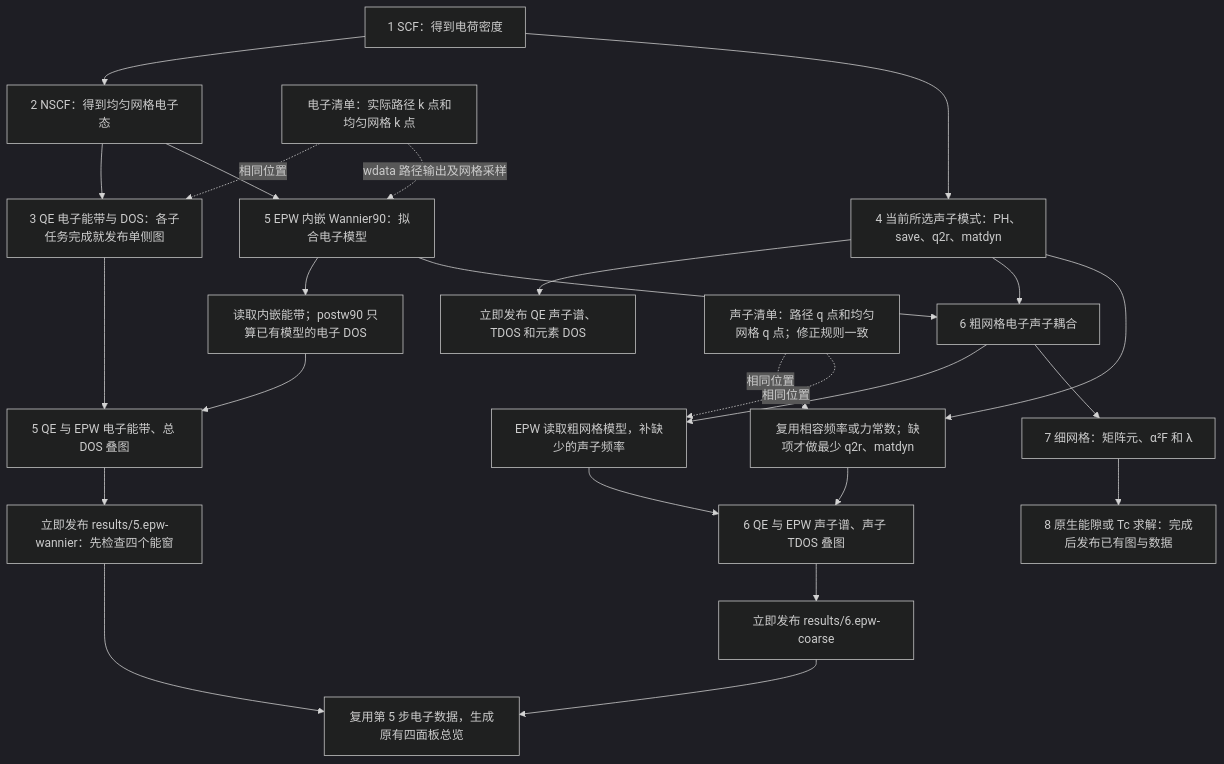
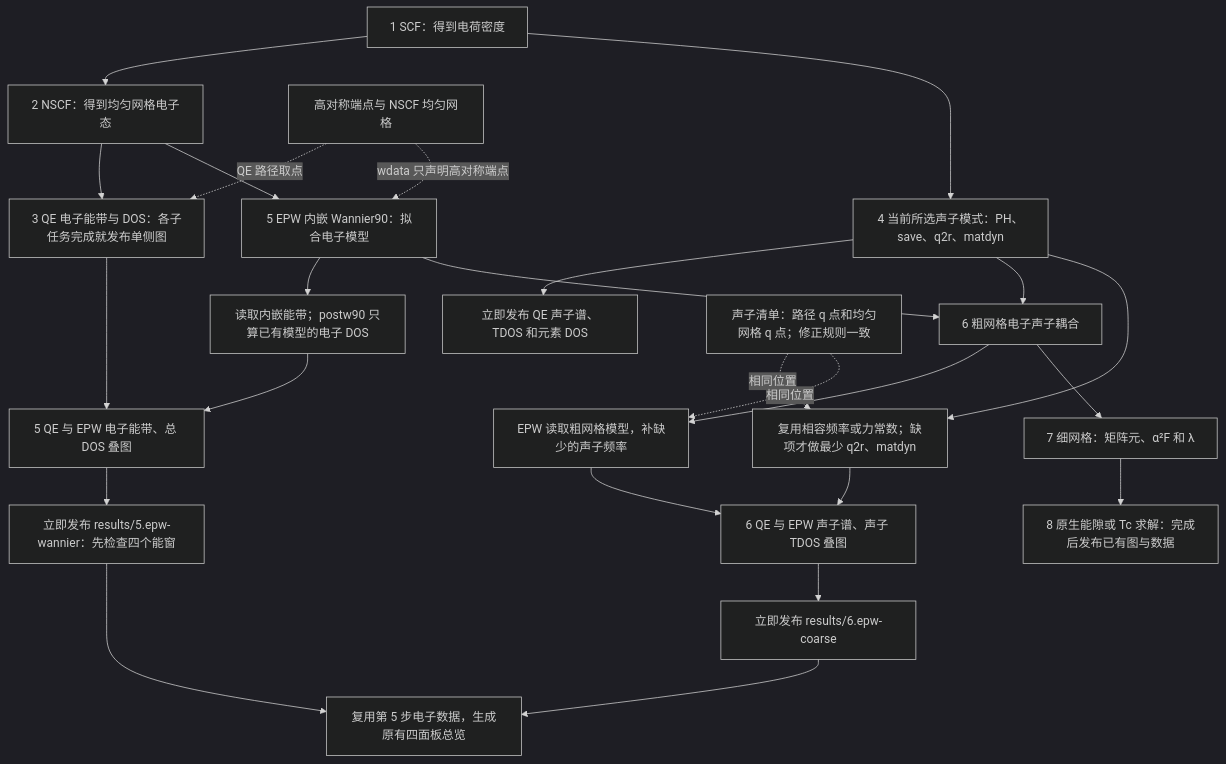
The first of 2 diagrams in docs/overview/epwflow/workflow.md (JLU-ICCMS-MaYuan/dftflow), drawn with Mermaid (dark theme) before and after one commit. The commit also changed other lines of this file and 25 other files, not shown here.

````diff
--- a/docs/overview/epwflow/workflow.md
+++ b/docs/overview/epwflow/workflow.md
@@ -9,27 +9,27 @@
 ```mermaid
 flowchart TD
     S[1 SCF：得到电荷密度] --> N[2 NSCF：得到均匀网格电子态]
     N --> E[3 QE 电子能带与 DOS：各子任务完成就发布单侧图]
     N --> W[5 EPW 内嵌 Wannier90：拟合电子模型]
-    K[电子清单：实际路径 k 点和均匀网格 k 点] -. 相同位置 .-> E
-    K -. wdata 路径输出及网格采样 .-> W
+    K[高对称端点与 NSCF 均匀网格] -. QE 路径取点 .-> E
+    K -. wdata 只声明高对称端点 .-> W
     W --> B[读取内嵌能带；postw90 只算已有模型的电子 DOS]
     E --> EC[5 QE 与 EPW 电子能带、总 DOS 叠图]
     B --> EC
     EC --> R5[立即发布 results/5.epw-wannier：先检查四个能窗]
     S --> P[4 当前所选声子模式：PH、save、q2r、matdyn]
     P --> R4[立即发布 QE 声子谱、TDOS 和元素 DOS]
     P --> C[6 粗网格电子声子耦合]
     W --> C
     P --> Q[复用相容频率或力常数；缺项才做最少 q2r、matdyn]
     C --> I[EPW 读取粗网格模型，补缺少的声子频率]
     QL[声子清单：路径 q 点和均匀网格 q 点；修正规则一致] -. 相同位置 .-> Q
     QL -. 相同位置 .-> I
     Q --> PC[6 QE 与 EPW 声子谱、声子 TDOS 叠图]
     I --> PC
     PC --> R6[立即发布 results/6.epw-coarse]
     R5 --> O[复用第 5 步电子数据，生成原有四面板总览]
     R6 --> O
     C --> F[7 细网格：矩阵元、α²F 和 λ]
     F --> G[8 原生能隙或 Tc 求解：完成后发布已有图与数据]
 ```
````
